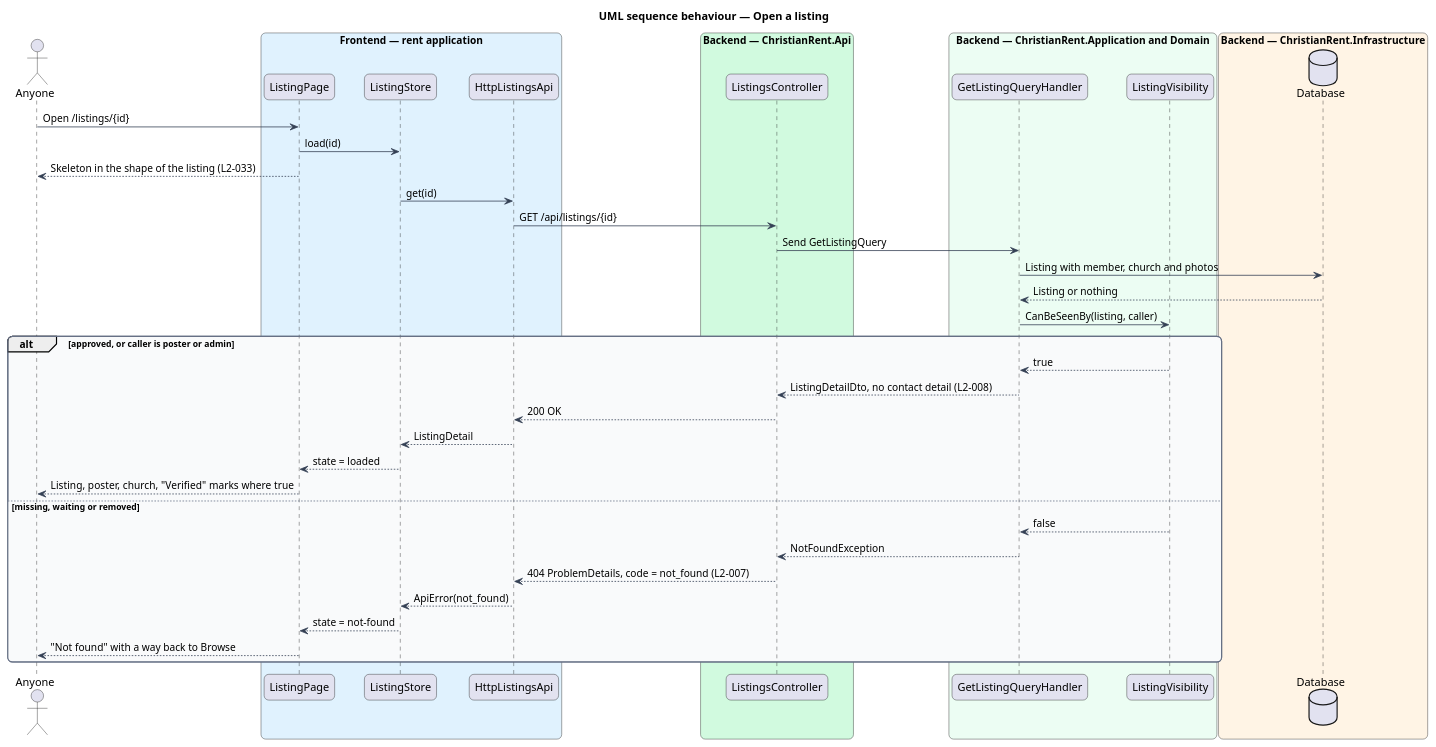
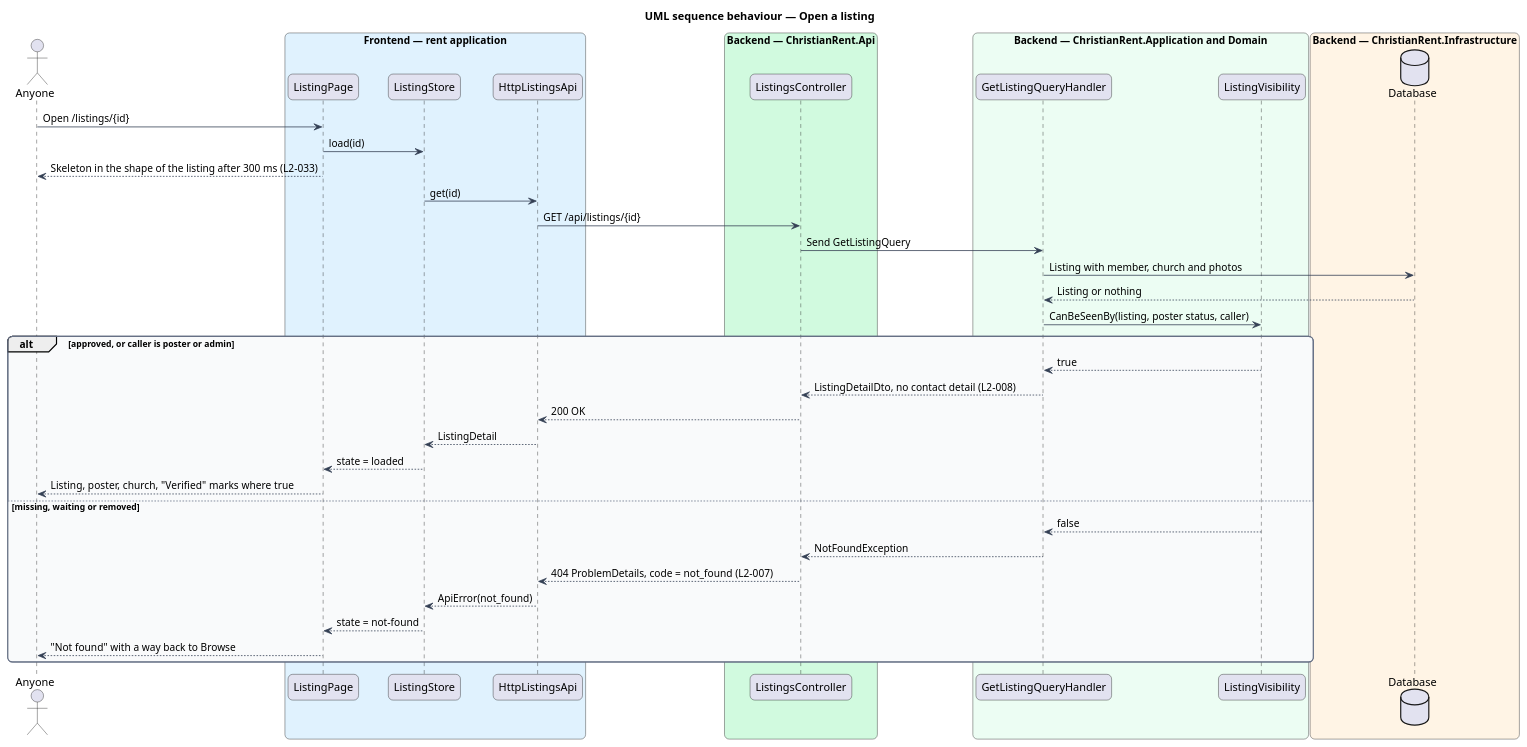
Before and after one commit to QuinntyneBrown/christian-rent: the diagram in docs/detailed-designs/listing/read-listing/diagrams/sequence-open-listing.puml, drawn with PlantUML. The commit also changed 26 other files, not shown here.

```diff
--- a/docs/detailed-designs/listing/read-listing/diagrams/sequence-open-listing.puml
+++ b/docs/detailed-designs/listing/read-listing/diagrams/sequence-open-listing.puml
@@ -1,57 +1,57 @@
 @startuml
 title UML sequence behaviour — Open a listing
 skinparam backgroundColor #FFFFFF
 skinparam shadowing false
 skinparam roundcorner 12
 skinparam defaultFontName Arial
 skinparam ArrowColor #344054
 skinparam rectangle {
   BorderColor #344054
   FontColor #101828
 }
 skinparam package {
   BorderColor #667085
   FontColor #101828
   BackgroundColor #F9FAFB
 }
 actor "Anyone" as actor
 box "Frontend — rent application" #E0F2FE
   participant "ListingPage" as page
   participant "ListingStore" as store
   participant "HttpListingsApi" as client
 end box
 box "Backend — ChristianRent.Api" #D1FADF
   participant "ListingsController" as ctrl
 end box
 box "Backend — ChristianRent.Application and Domain" #ECFDF3
   participant "GetListingQueryHandler" as handler
   participant "ListingVisibility" as vis
 end box
 box "Backend — ChristianRent.Infrastructure" #FFF4E5
   database "Database" as db
 end box
 actor -> page : Open /listings/{id}
 page -> store : load(id)
-page --> actor : Skeleton in the shape of the listing (L2-033)
+page --> actor : Skeleton in the shape of the listing after 300 ms (L2-033)
 store -> client : get(id)
 client -> ctrl : GET /api/listings/{id}
 ctrl -> handler : Send GetListingQuery
 handler -> db : Listing with member, church and photos
 db --> handler : Listing or nothing
-handler -> vis : CanBeSeenBy(listing, caller)
+handler -> vis : CanBeSeenBy(listing, poster status, caller)
 alt approved, or caller is poster or admin
   vis --> handler : true
   handler --> ctrl : ListingDetailDto, no contact detail (L2-008)
   ctrl --> client : 200 OK
   client --> store : ListingDetail
   store --> page : state = loaded
   page --> actor : Listing, poster, church, "Verified" marks where true
 else missing, waiting or removed
   vis --> handler : false
   handler --> ctrl : NotFoundException
   ctrl --> client : 404 ProblemDetails, code = not_found (L2-007)
   client --> store : ApiError(not_found)
   store --> page : state = not-found
   page --> actor : "Not found" with a way back to Browse
 end
 @enduml
```
